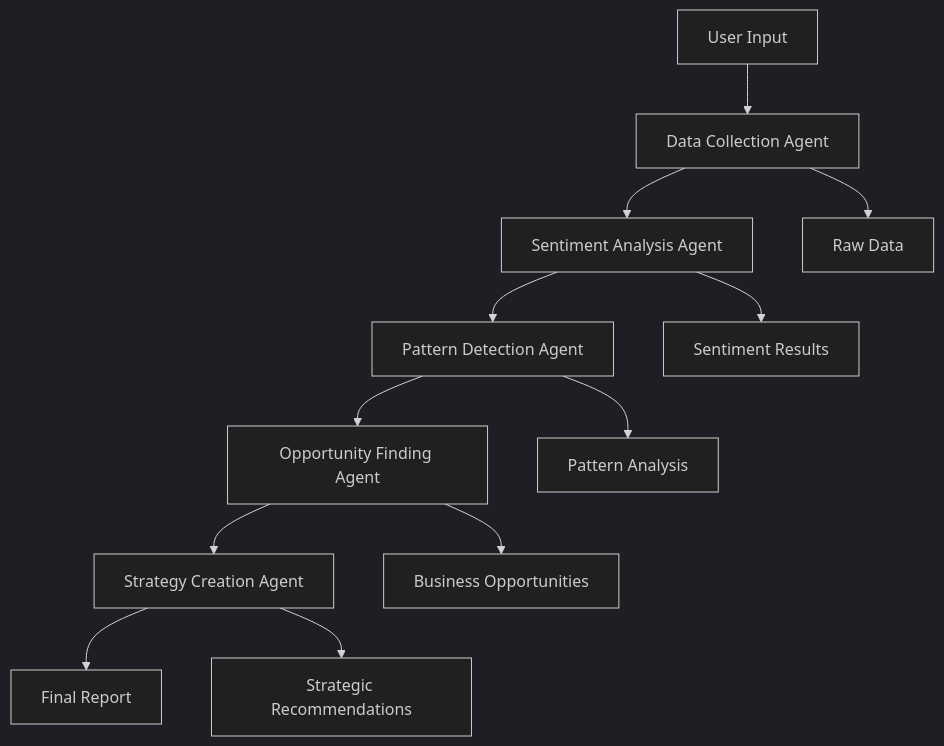
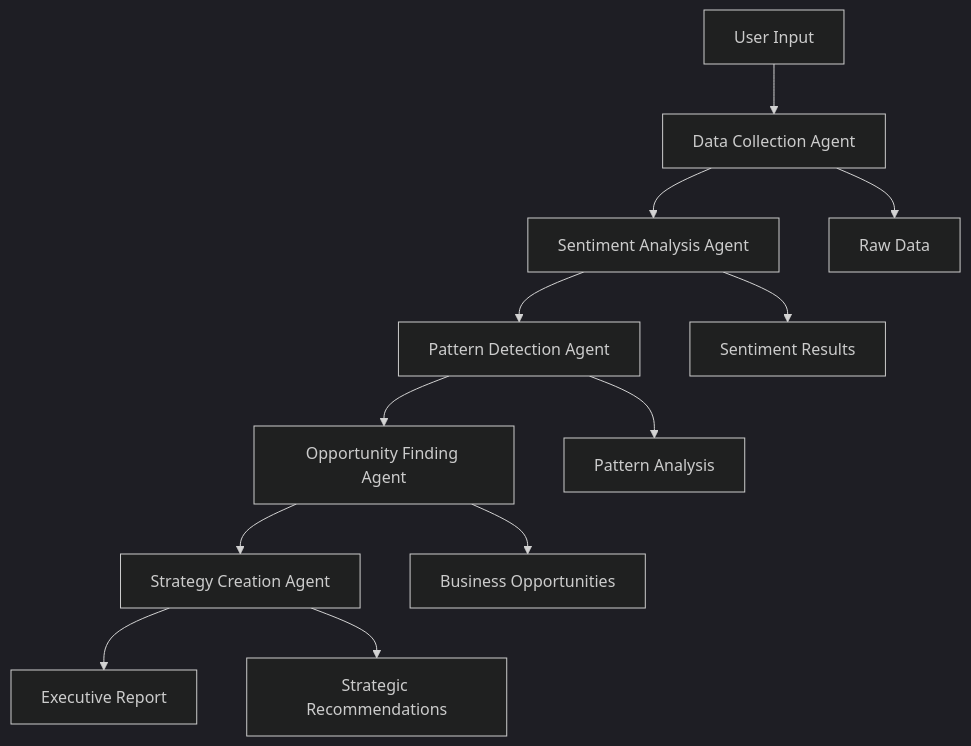
The diagram in README.md (AnnshuPrajapati/Customer-Intelligence-Platform), drawn with Mermaid (dark theme) before and after one commit. The commit also changed other lines of this file and 5 other files, not shown here.

````diff
--- a/README.md
+++ b/README.md
@@ -112,15 +67,15 @@
 ```mermaid
 graph TD
     A[User Input] --> B[Data Collection Agent]
     B --> C[Sentiment Analysis Agent]
     C --> D[Pattern Detection Agent]
     D --> E[Opportunity Finding Agent]
     E --> F[Strategy Creation Agent]
-    F --> G[Final Report]
+    F --> G[Executive Report]
 
     B --> H[Raw Data]
     C --> I[Sentiment Results]
     D --> J[Pattern Analysis]
     E --> K[Business Opportunities]
     F --> L[Strategic Recommendations]
 ```
````
